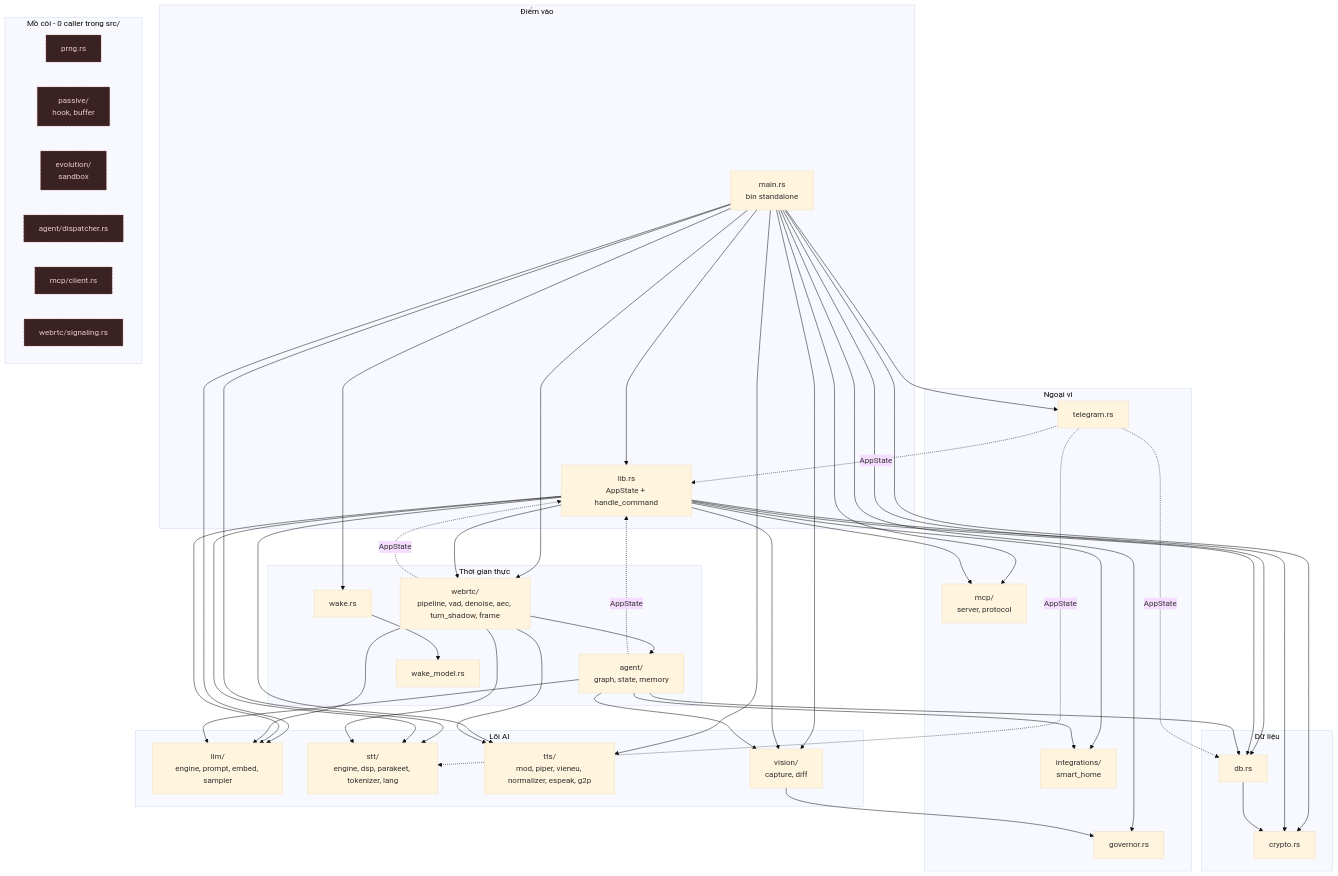
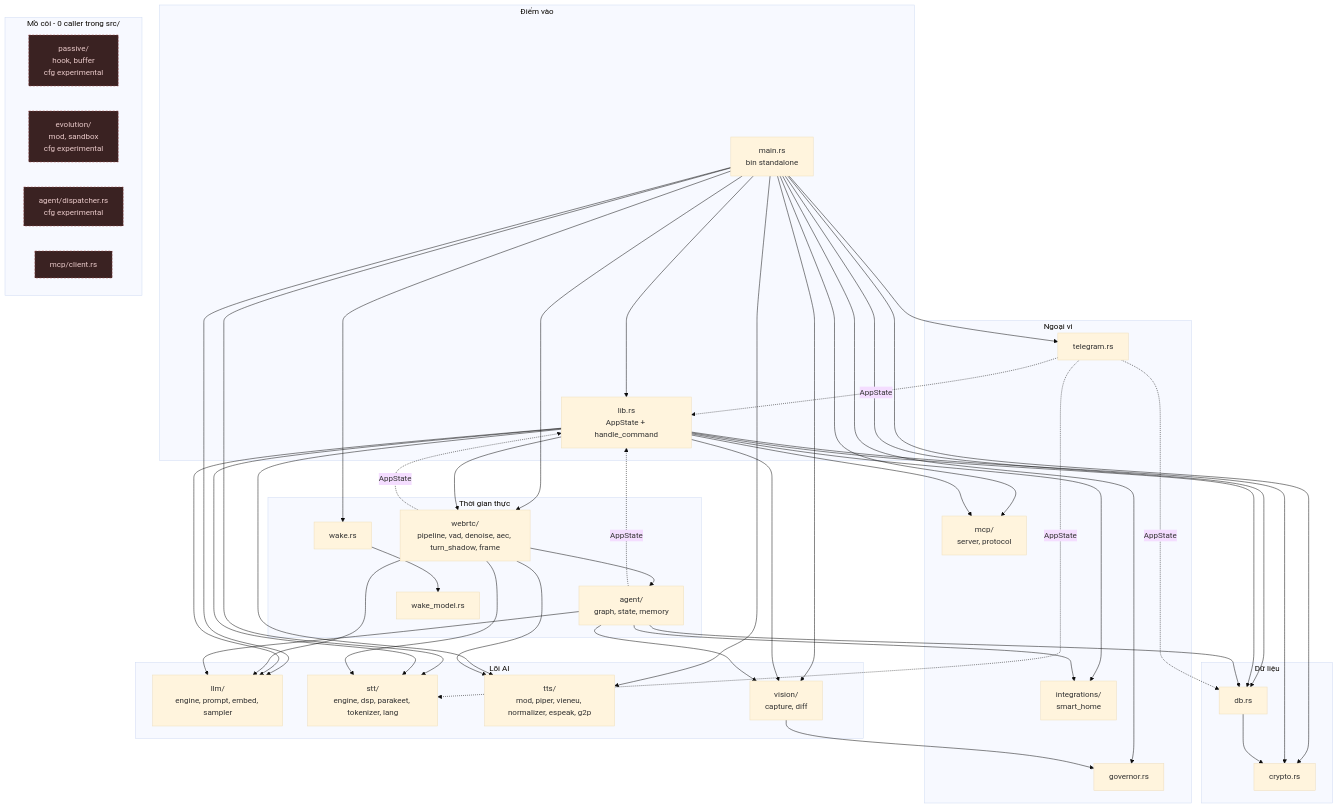
One commit to DuongNAD/LIVA changed the diagram in docs/01-ban-ve/10-phu-thuoc-module-va-tra-cuu.md. Above: the diagram before and after it, drawn with Mermaid (base theme). The commit also changed other lines of this file and 17 other files, not shown here.

````diff
--- a/docs/01-ban-ve/10-phu-thuoc-module-va-tra-cuu.md
+++ b/docs/01-ban-ve/10-phu-thuoc-module-va-tra-cuu.md
@@ -71,12 +71,10 @@
     end
 
     subgraph DEAD["Mồ côi - 0 caller trong src/"]
-        prng["prng.rs"]
-        passive["passive/<br/>hook, buffer"]
-        evo["evolution/<br/>sandbox"]
-        disp["agent/dispatcher.rs"]
+        passive["passive/<br/>hook, buffer<br/>cfg experimental"]
+        evo["evolution/<br/>mod, sandbox<br/>cfg experimental"]
+        disp["agent/dispatcher.rs<br/>cfg experimental"]
         mcpc["mcp/client.rs"]
-        sig["webrtc/signaling.rs"]
     end
 
     main --> lib
@@ -124,5 +122,5 @@
     tg -.->|AppState| db
 
     classDef dead fill:#3a2222,stroke:#a05050,stroke-dasharray:4 3,color:#e8c8c8
-    class prng,passive,evo,disp,mcpc,sig dead
+    class passive,evo,disp,mcpc dead
 ```
````
